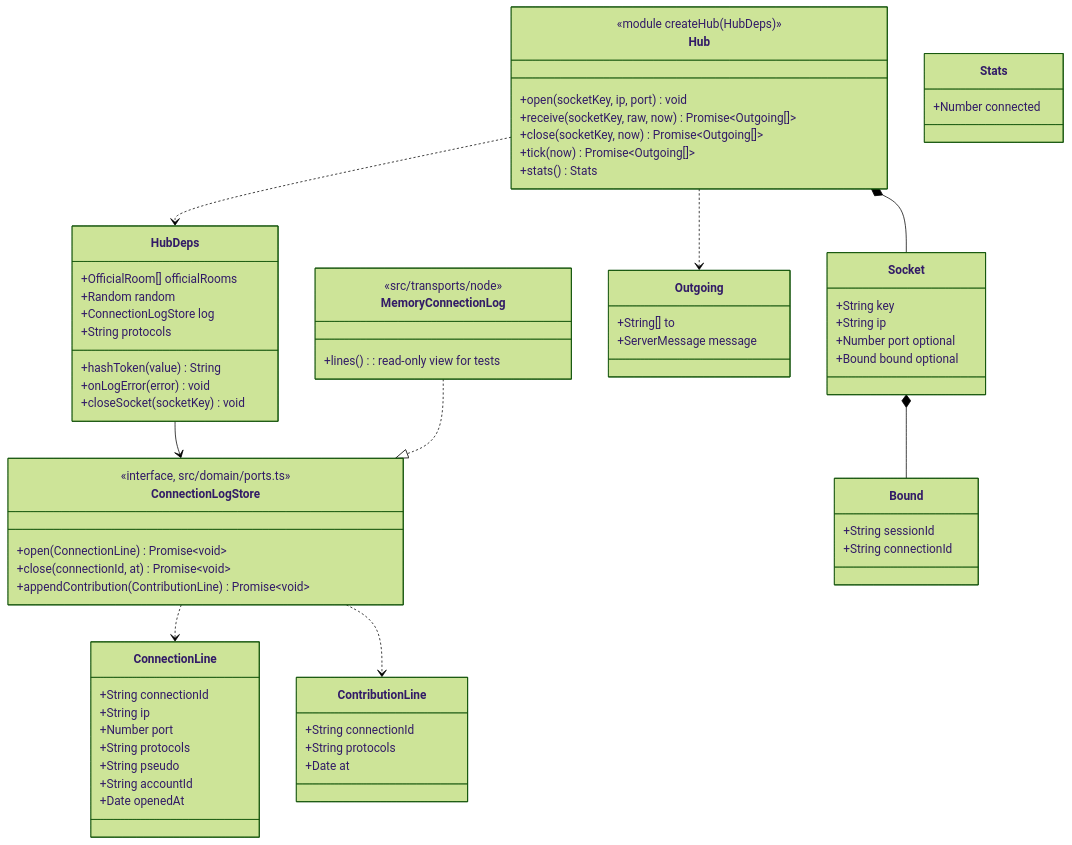
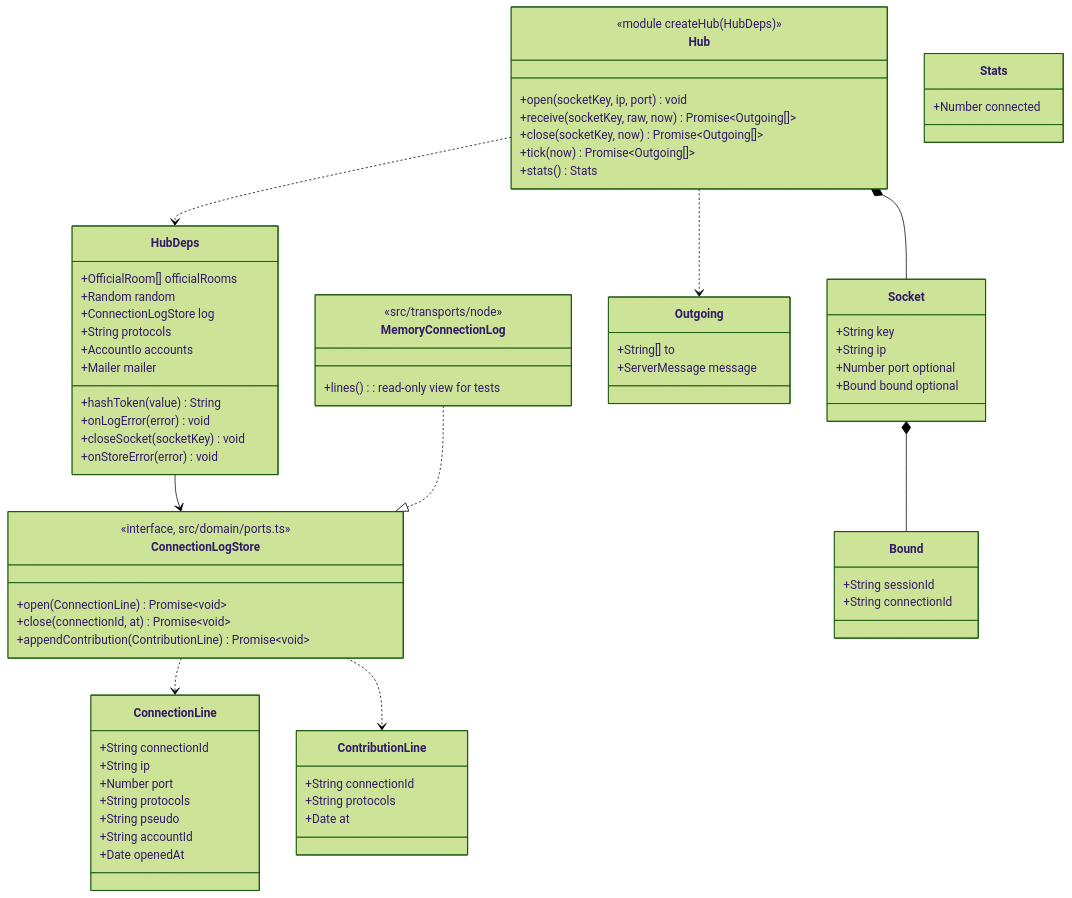
The first of 2 diagrams in docs/architecture/diagrams/platform/04c-class-server-hub.md (benoit-bremaud/asv), drawn with Mermaid (forest theme) before and after one commit. The commit also changed other lines of this file and 10 other files, not shown here.

````diff
--- a/docs/architecture/diagrams/platform/04c-class-server-hub.md
+++ b/docs/architecture/diagrams/platform/04c-class-server-hub.md
@@ -18,69 +18,72 @@
 ```mermaid
 classDiagram
   class Hub {
     <<module createHub(HubDeps)>>
     +open(socketKey, ip, port) void
     +receive(socketKey, raw, now) Promise~Outgoing[]~
     +close(socketKey, now) Promise~Outgoing[]~
     +tick(now) Promise~Outgoing[]~
     +stats() Stats
   }
   class HubDeps {
     +OfficialRoom[] officialRooms
     +Random random
     +hashToken(value) String
     +ConnectionLogStore log
     +String protocols
     +onLogError(error) void
     +closeSocket(socketKey) void
+    +AccountIo accounts
+    +Mailer mailer
+    +onStoreError(error) void
   }
   class ConnectionLogStore {
     <<interface, src/domain/ports.ts>>
     +open(ConnectionLine) Promise~void~
     +close(connectionId, at) Promise~void~
     +appendContribution(ContributionLine) Promise~void~
   }
   class ConnectionLine {
     +String connectionId
     +String ip
     +Number port
     +String protocols
     +String pseudo
     +String accountId
     +Date openedAt
   }
   class ContributionLine {
     +String connectionId
     +String protocols
     +Date at
   }
   class Socket {
     +String key
     +String ip
     +Number port optional
     +Bound bound optional
   }
   class Bound {
     +String sessionId
     +String connectionId
   }
   class Outgoing {
     +String[] to
     +ServerMessage message
   }
   class Stats {
     +Number connected
   }
   class MemoryConnectionLog {
     <<src/transports/node>>
     +lines(): read-only view for tests
   }
   Hub ..> HubDeps
   Hub *-- Socket
   Socket *-- Bound
   Hub ..> Outgoing
   HubDeps --> ConnectionLogStore
   ConnectionLogStore ..> ConnectionLine
   ConnectionLogStore ..> ContributionLine
   MemoryConnectionLog ..|> ConnectionLogStore
 ```
````
